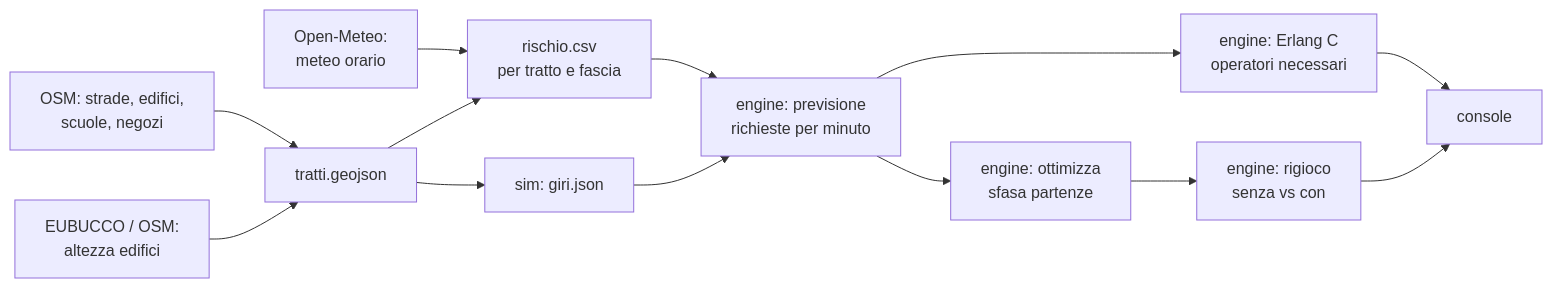
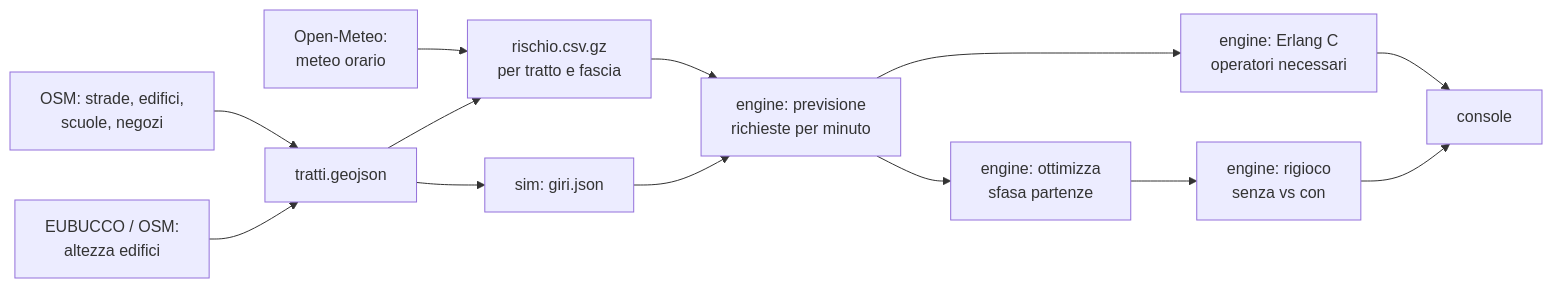
The diagram in docs/architettura.md (oliversartorettoverna/attentiongrid), drawn with Mermaid before and after one commit. The commit also changed 22 other files, not shown here.

````diff
--- a/docs/architettura.md
+++ b/docs/architettura.md
@@ -5,15 +5,15 @@
 ```mermaid
 flowchart LR
   A[OSM: strade, edifici,<br/>scuole, negozi] --> T[tratti.geojson]
   B[EUBUCCO / OSM:<br/>altezza edifici] --> T
   M[Open-Meteo:<br/>meteo orario] --> R
-  T --> R[rischio.csv<br/>per tratto e fascia]
+  T --> R[rischio.csv.gz<br/>per tratto e fascia]
   T --> S[sim: giri.json]
   R --> P[engine: previsione<br/>richieste per minuto]
   S --> P
   P --> E[engine: Erlang C<br/>operatori necessari]
   P --> O[engine: ottimizza<br/>sfasa partenze]
   O --> G[engine: rigioco<br/>senza vs con]
   E --> C[console]
   G --> C
 ```
````
